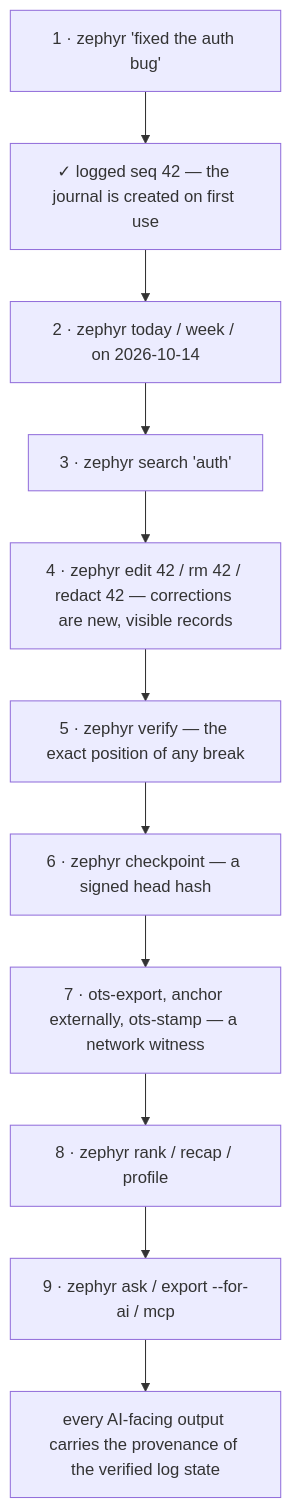
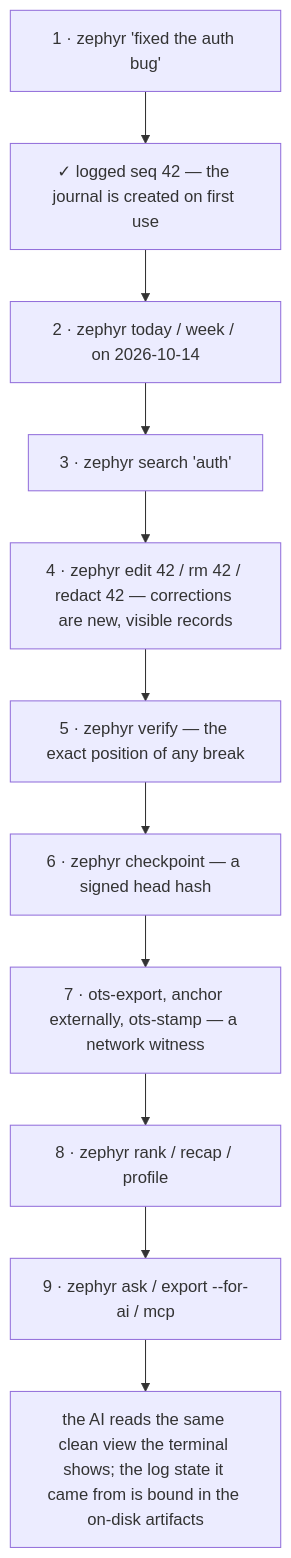
One commit to susyabashti/zephyr changed the diagram in docs/features.md. Above: the diagram before and after it, drawn with Mermaid. The commit also changed other lines of this file and 32 other files, not shown here.

````diff
--- a/docs/features.md
+++ b/docs/features.md
@@ -266,13 +274,13 @@
 ```mermaid
 flowchart TD
     A["1 · zephyr 'fixed the auth bug'"] --> B["✓ logged seq 42 — the journal is created on first use"]
     B --> C["2 · zephyr today / week / on 2026-10-14"]
     C --> D["3 · zephyr search 'auth'"]
     D --> E["4 · zephyr edit 42 / rm 42 / redact 42 — corrections are new, visible records"]
     E --> F["5 · zephyr verify — the exact position of any break"]
     F --> G["6 · zephyr checkpoint — a signed head hash"]
     G --> H["7 · ots-export, anchor externally, ots-stamp — a network witness"]
     H --> I["8 · zephyr rank / recap / profile"]
     I --> J["9 · zephyr ask / export --for-ai / mcp"]
-    J --> K["every AI-facing output carries the provenance of the verified log state"]
+    J --> K["the AI reads the same clean view the terminal shows; the log state it came from is bound in the on-disk artifacts"]
 ```
````
